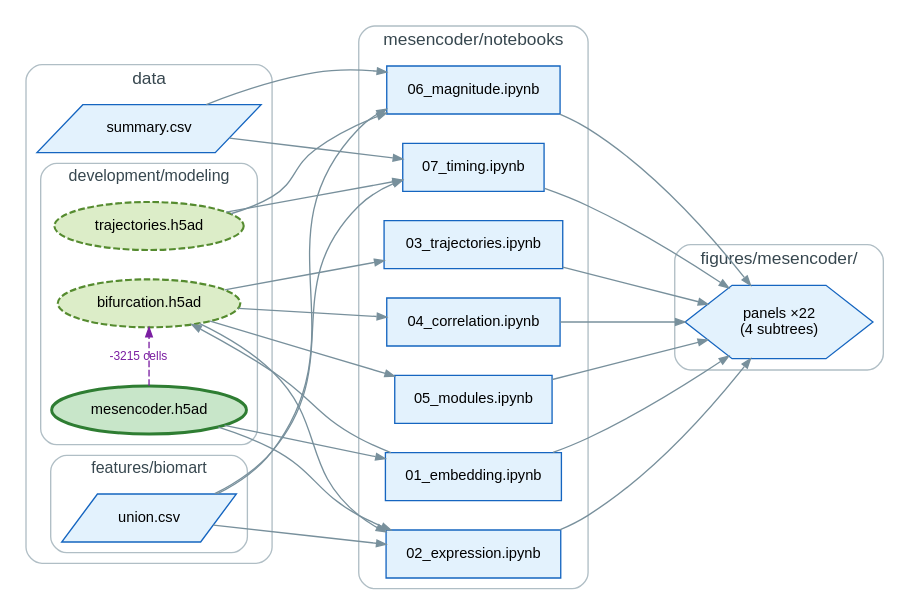
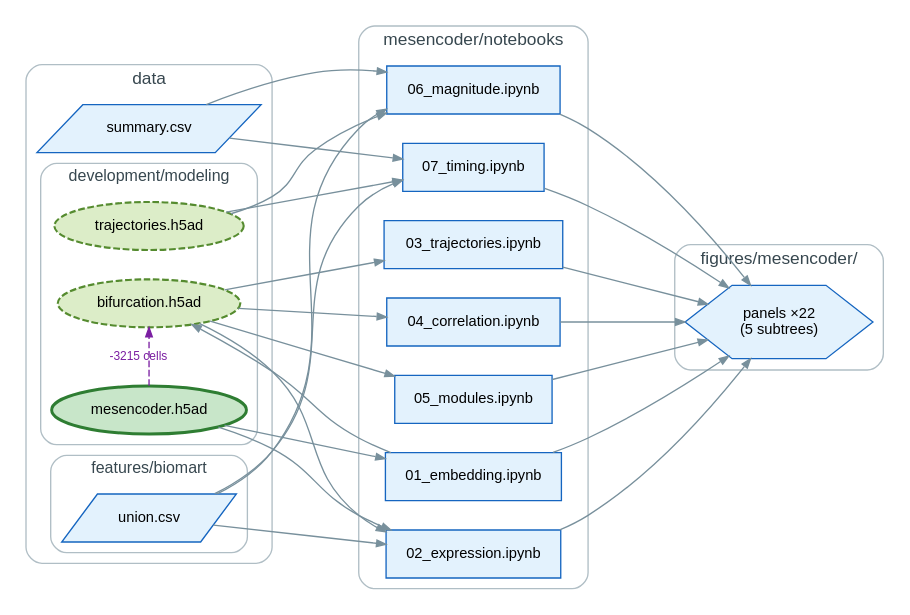
The diagram in mesencoder/DAG/dot/analysis.dot (calebclayreagor/EMToolbox), drawn with Graphviz before and after one commit. The commit also changed 15 other files, not shown here.

```diff
--- a/mesencoder/DAG/dot/analysis.dot
+++ b/mesencoder/DAG/dot/analysis.dot
@@ -1,56 +1,56 @@
 digraph G {
   rankdir=LR; splines=spline;
   graph [fontname="Helvetica", fontsize=13, nodesep=0.3, ranksep=1.1];
   node [fontname="Helvetica", fontsize=11, style="filled", margin="0.12,0.07"];
   edge [fontname="Helvetica", fontsize=9, color="#78909c", arrowsize=0.7];
   subgraph cluster_1 {
     label="data"; style="rounded"; color="#b0bec5"; fontsize=13; fontcolor="#37474f";
     n003 [label="summary.csv", shape=parallelogram, fillcolor="#e3f2fd", color="#1565c0", penwidth=1, style="filled"];
     subgraph cluster_2 {
       label="development/modeling"; style="rounded"; color="#b0bec5"; fontsize=12; fontcolor="#37474f";
       n001 [label="mesencoder.h5ad", shape=ellipse, fillcolor="#c8e6c9", color="#2e7d32", penwidth=2.2, style="filled"];
       n002 [label="trajectories.h5ad", shape=ellipse, fillcolor="#dcedc8", color="#558b2f", penwidth=1.6, style="filled,dashed"];
       n000 [label="bifurcation.h5ad", shape=ellipse, fillcolor="#dcedc8", color="#558b2f", penwidth=1.6, style="filled,dashed"];
     }
     subgraph cluster_3 {
       label="features/biomart"; style="rounded"; color="#b0bec5"; fontsize=12; fontcolor="#37474f";
       n011 [label="union.csv", shape=parallelogram, fillcolor="#e3f2fd", color="#1565c0", penwidth=1, style="filled"];
     }
   }
   subgraph cluster_4 {
     label="mesencoder/notebooks"; style="rounded"; color="#b0bec5"; fontsize=13; fontcolor="#37474f";
     n004 [label="01_embedding.ipynb", shape=box, fillcolor="#e3f2fd", color="#1565c0", penwidth=1, style="filled"];
     n009 [label="06_magnitude.ipynb", shape=box, fillcolor="#e3f2fd", color="#1565c0", penwidth=1, style="filled"];
     n010 [label="07_timing.ipynb", shape=box, fillcolor="#e3f2fd", color="#1565c0", penwidth=1, style="filled"];
     n005 [label="02_expression.ipynb", shape=box, fillcolor="#e3f2fd", color="#1565c0", penwidth=1, style="filled"];
     n006 [label="03_trajectories.ipynb", shape=box, fillcolor="#e3f2fd", color="#1565c0", penwidth=1, style="filled"];
     n007 [label="04_correlation.ipynb", shape=box, fillcolor="#e3f2fd", color="#1565c0", penwidth=1, style="filled"];
     n008 [label="05_modules.ipynb", shape=box, fillcolor="#e3f2fd", color="#1565c0", penwidth=1, style="filled"];
   }
   subgraph cluster_fig {
     label="figures/mesencoder/"; style="rounded"; color="#b0bec5"; fontsize=13; fontcolor="#37474f";
-    FIG [label="panels ×22\n(4 subtrees)", shape=hexagon, style=filled, fillcolor="#e3f2fd", color="#1565c0"];
+    FIG [label="panels ×22\n(5 subtrees)", shape=hexagon, style=filled, fillcolor="#e3f2fd", color="#1565c0"];
   }
   n001 -> n004;
   n004 -> n000;
   n004 -> FIG;
   n000 -> n005;
   n001 -> n005;
   n011 -> n005;
   n005 -> FIG;
   n000 -> n006;
   n006 -> FIG;
   n000 -> n007;
   n007 -> FIG;
   n000 -> n008;
   n008 -> FIG;
   n002 -> n009;
   n011 -> n009;
   n003 -> n009;
   n009 -> FIG;
   n002 -> n010;
   n011 -> n010;
   n003 -> n010;
   n010 -> FIG;
   n001 -> n000 [label="-3215 cells", color="#7b1fa2", style=dashed, fontcolor="#7b1fa2", constraint=false];
 }
```
